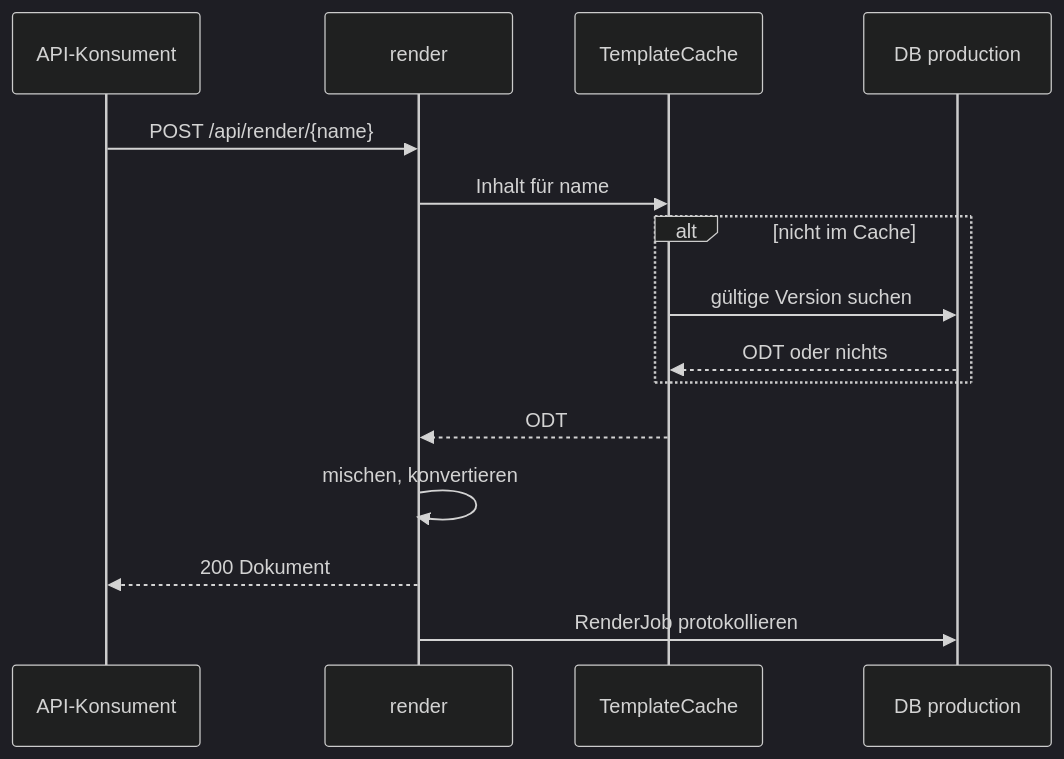
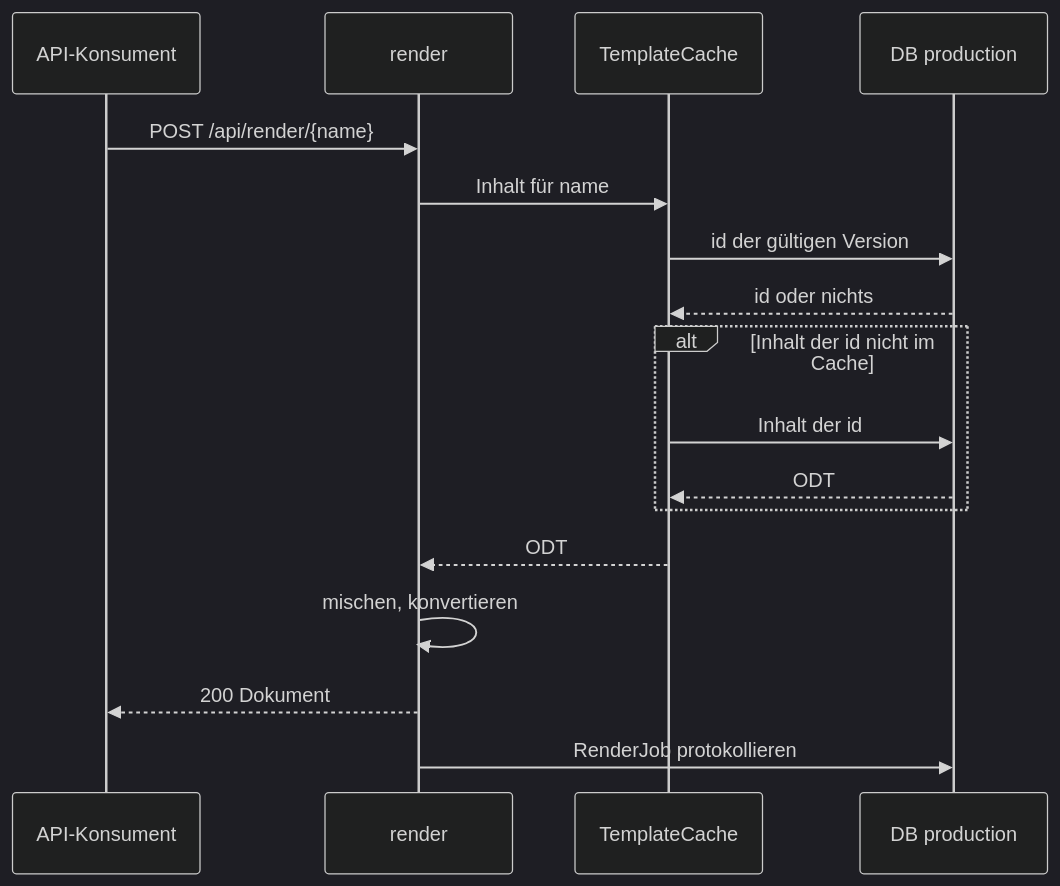
One commit to flaechsig/blocpress changed the diagram in docs/06-runtime/render-by-name.md. Above: the diagram before and after it, drawn with Mermaid (dark theme). The commit also changed other lines of this file and 17 other files, not shown here.

````diff
--- a/docs/06-runtime/render-by-name.md
+++ b/docs/06-runtime/render-by-name.md
@@ -12,17 +12,19 @@
 ```mermaid
 sequenceDiagram
     participant App as API-Konsument
     participant R as render
     participant C as TemplateCache
     participant DB as DB production
     App->>R: POST /api/render/{name}
     R->>C: Inhalt für name
-    alt nicht im Cache
-        C->>DB: gültige Version suchen
-        DB-->>C: ODT oder nichts
+    C->>DB: id der gültigen Version
+    DB-->>C: id oder nichts
+    alt Inhalt der id nicht im Cache
+        C->>DB: Inhalt der id
+        DB-->>C: ODT
     end
     C-->>R: ODT
     R->>R: mischen, konvertieren
     R-->>App: 200 Dokument
     R->>DB: RenderJob protokollieren
 ```
````
